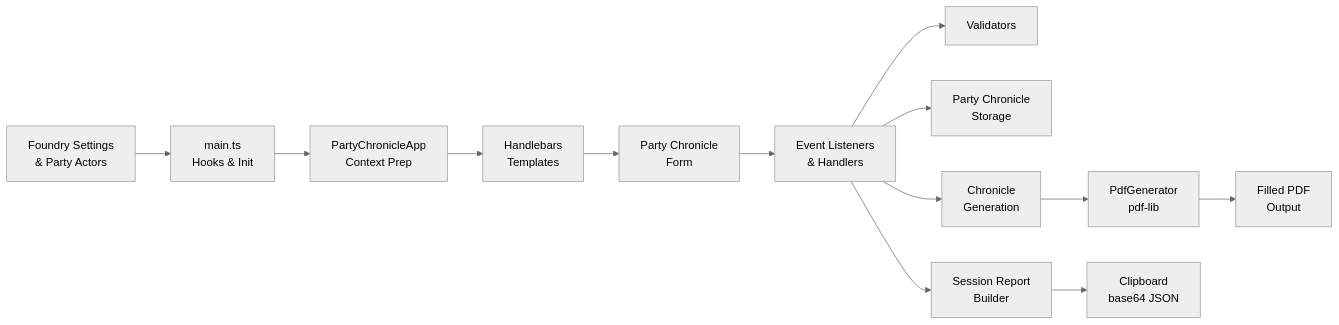
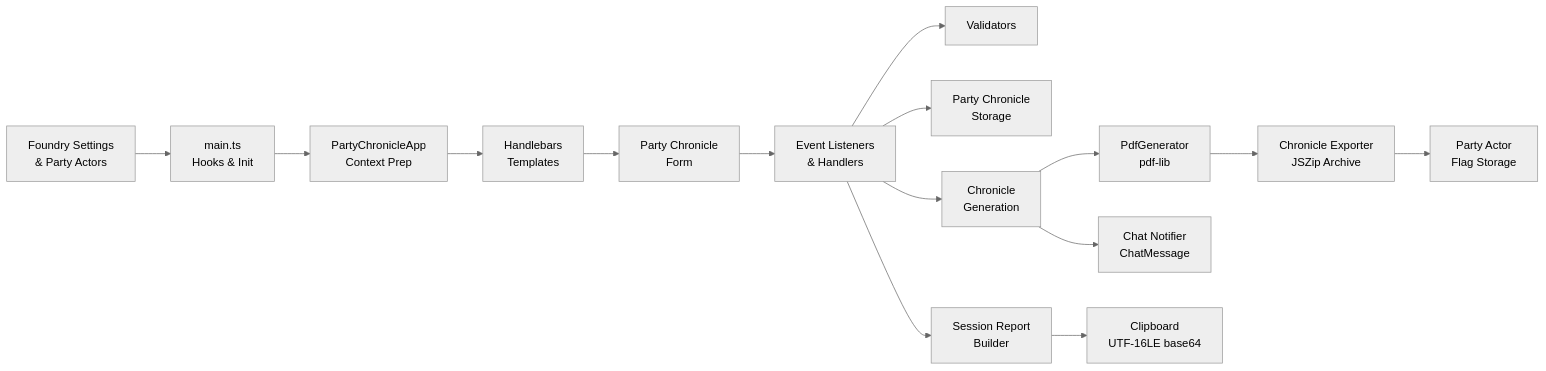
Before and after one commit to scooper4711/pfs-chronicle-generator: the first of 13 diagrams in ARCHITECTURE.md, drawn with Mermaid (neutral theme). The commit also changed other lines of this file, not shown here.

Commit message:
docs: updated architecture to reflect recent changes/features

````diff
--- a/ARCHITECTURE.md
+++ b/ARCHITECTURE.md
@@ -9,15 +9,17 @@
 ```mermaid
 graph LR
     FS[Foundry Settings<br/>& Party Actors] --> MA[main.ts<br/>Hooks & Init]
     MA --> PCA[PartyChronicleApp<br/>Context Prep]
     PCA --> HBS[Handlebars<br/>Templates]
     HBS --> FORM[Party Chronicle<br/>Form]
     FORM --> EL[Event Listeners<br/>& Handlers]
     EL --> VAL[Validators]
     EL --> STORE[Party Chronicle<br/>Storage]
     EL --> GEN[Chronicle<br/>Generation]
     GEN --> PDF[PdfGenerator<br/>pdf-lib]
-    PDF --> OUT[Filled PDF<br/>Output]
+    PDF --> ZIP[Chronicle Exporter<br/>JSZip Archive]
+    ZIP --> PARTY[Party Actor<br/>Flag Storage]
+    GEN --> CHAT[Chat Notifier<br/>ChatMessage]
     EL --> SR[Session Report<br/>Builder]
-    SR --> CLIP[Clipboard<br/>base64 JSON]
+    SR --> CLIP[Clipboard<br/>UTF-16LE base64]
 ```
````
